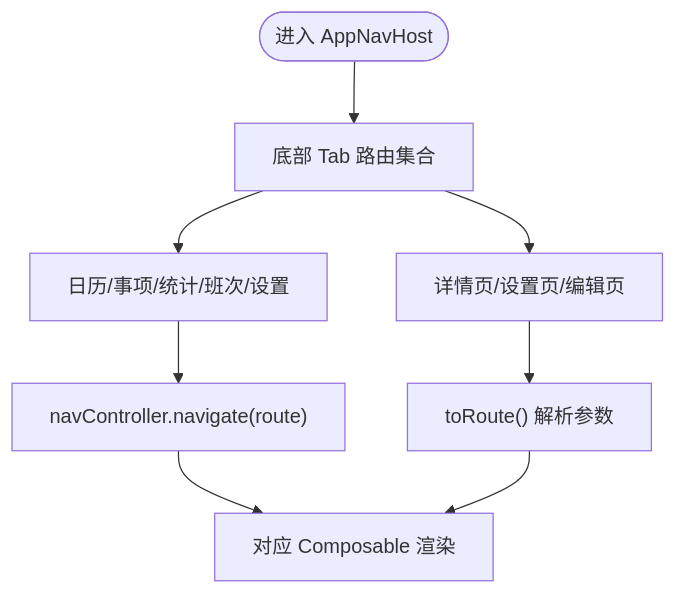
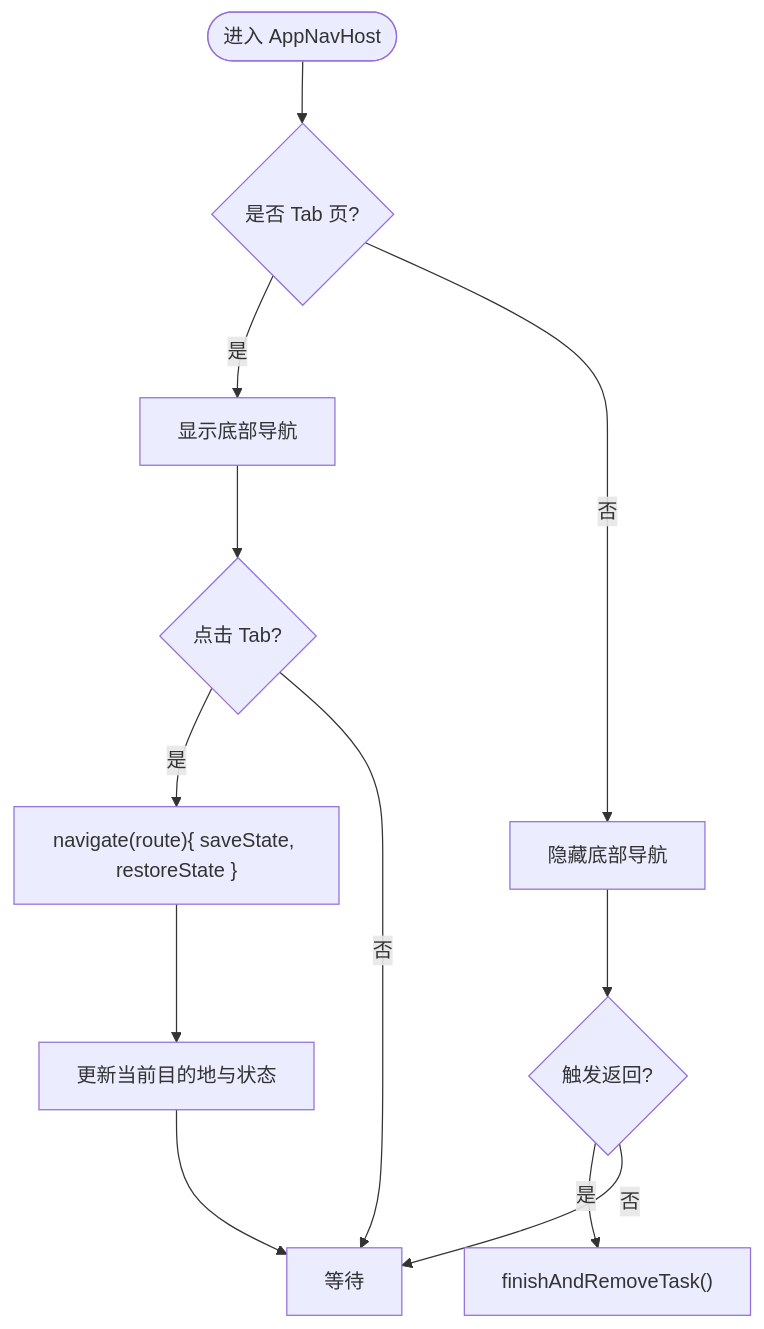
The fourth of 9 diagrams in .qoder/repowiki/zh/content/架构设计/架构设计.md (xiaobai860/paibanrili), drawn with Mermaid before and after one commit. The commit also changed other lines of this file and 245 other files, not shown here.

````diff
--- a/.qoder/repowiki/zh/content/架构设计/架构设计.md
+++ b/.qoder/repowiki/zh/content/架构设计/架构设计.md
@@ -256,10 +221,14 @@
 ```mermaid
 flowchart TD
-Start(["进入 AppNavHost"]) --> Tabs["底部 Tab 路由集合"]
-Tabs --> MainRoutes["日历/事项/统计/班次/设置"]
-Tabs --> SubRoutes["详情页/设置页/编辑页"]
-MainRoutes --> Navigate["navController.navigate(route)"]
-SubRoutes --> ReadParams["toRoute<T>() 解析参数"]
-Navigate --> Render["对应 Composable 渲染"]
-ReadParams --> Render
+Start(["进入 AppNavHost"]) --> CheckTab{"是否 Tab 页?"}
+CheckTab --> |是| ShowBottomBar["显示底部导航"]
+CheckTab --> |否| HideBottomBar["隐藏底部导航"]
+ShowBottomBar --> NavClick{"点击 Tab?"}
+NavClick --> |是| Navigate["navigate(route){ saveState, restoreState }"]
+NavClick --> |否| Idle["等待"]
+HideBottomBar --> BackHandler{"触发返回?"}
+BackHandler --> |是| Finish["finishAndRemoveTask()"]
+BackHandler --> |否| Idle
+Navigate --> UpdateState["更新当前目的地与状态"]
+UpdateState --> Idle
 ```
````
